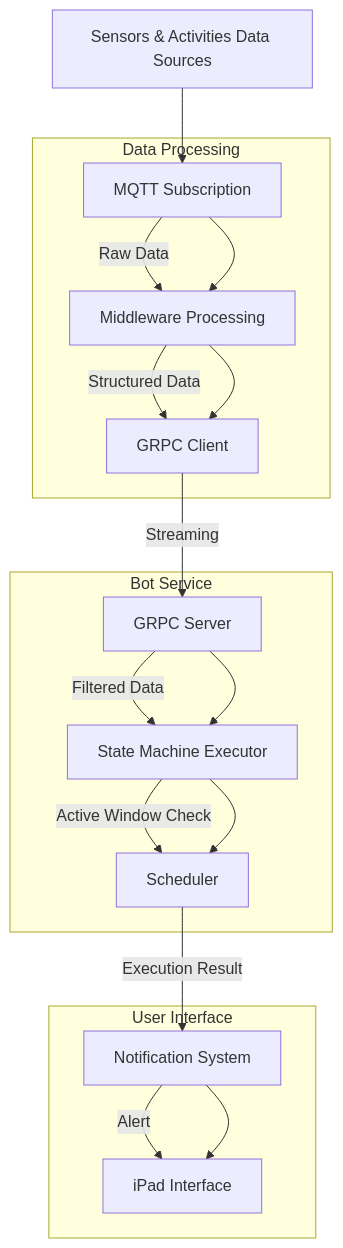
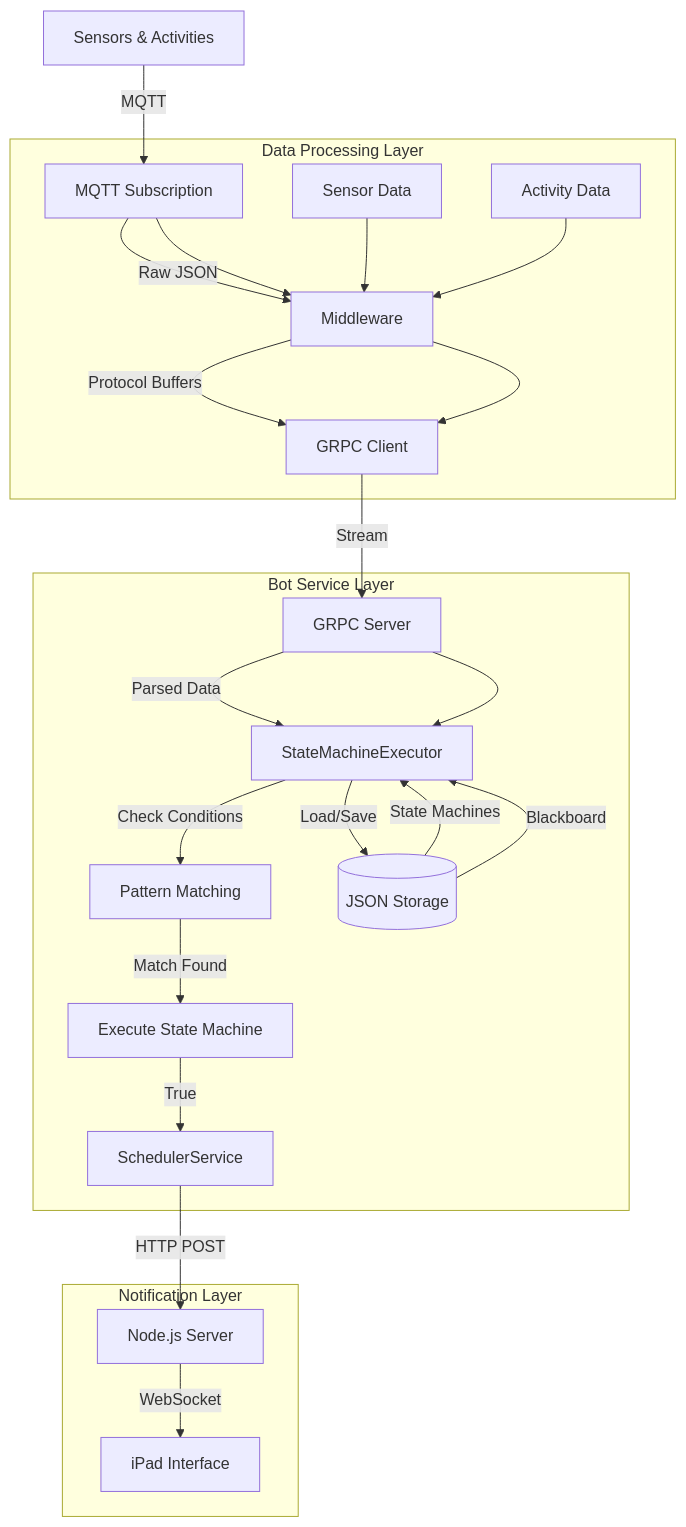
The diagram in README_sujendra.md (adam-zakaria/reminder-system), drawn with Mermaid before and after one commit. The commit also changed other lines of this file, not shown here.

Commit message:
refine data flow diagram and enhance documentation for state machine and scheduler services

````diff
--- a/README_sujendra.md
+++ b/README_sujendra.md
@@ -27,23 +27,29 @@
 ```mermaid
 graph TD
-    A[Sensors & Activities Data Sources] --> B[MQTT Subscription]
-    B[MQTT Subscription] --> |Raw Data| C[Middleware Processing]
-    C --> |Structured Data| D[GRPC Client]
-    D --> |Streaming| E[GRPC Server]
-    E --> |Filtered Data| F[State Machine Executor]
-    F --> |Active Window Check| G[Scheduler]
-    G --> |Execution Result| H[Notification System]
-    H --> |Alert| I[iPad Interface]
-
-    subgraph "Data Processing"
-    B --> C --> D
+    A[Sensors & Activities] --> |MQTT| B[MQTT Subscription]
+    B --> |Raw JSON| C[Middleware]
+    C --> |Protocol Buffers| D[GRPC Client]
+    D --> |Stream| E[GRPC Server]
+    E --> |Parsed Data| F[StateMachineExecutor]
+    
+    subgraph "Data Processing Layer"
+        B --> C --> D
+        C1[Sensor Data] --> C
+        C2[Activity Data] --> C
     end
 
-    subgraph "Bot Service"
-    E --> F --> G
+    subgraph "Bot Service Layer" 
+        E --> F
+        F --> |Check Conditions| G[Pattern Matching]
+        G --> |Match Found| H[Execute State Machine]
+        H --> |True| I[SchedulerService]
+        F --> |Load/Save| J[(JSON Storage)]
+        J --> |State Machines| F
+        J --> |Blackboard| F
     end
 
-    subgraph "User Interface"
-    H --> I
+    subgraph "Notification Layer"
+        I --> |HTTP POST| K[Node.js Server]
+        K --> |WebSocket| L[iPad Interface]
     end
 ```
````
